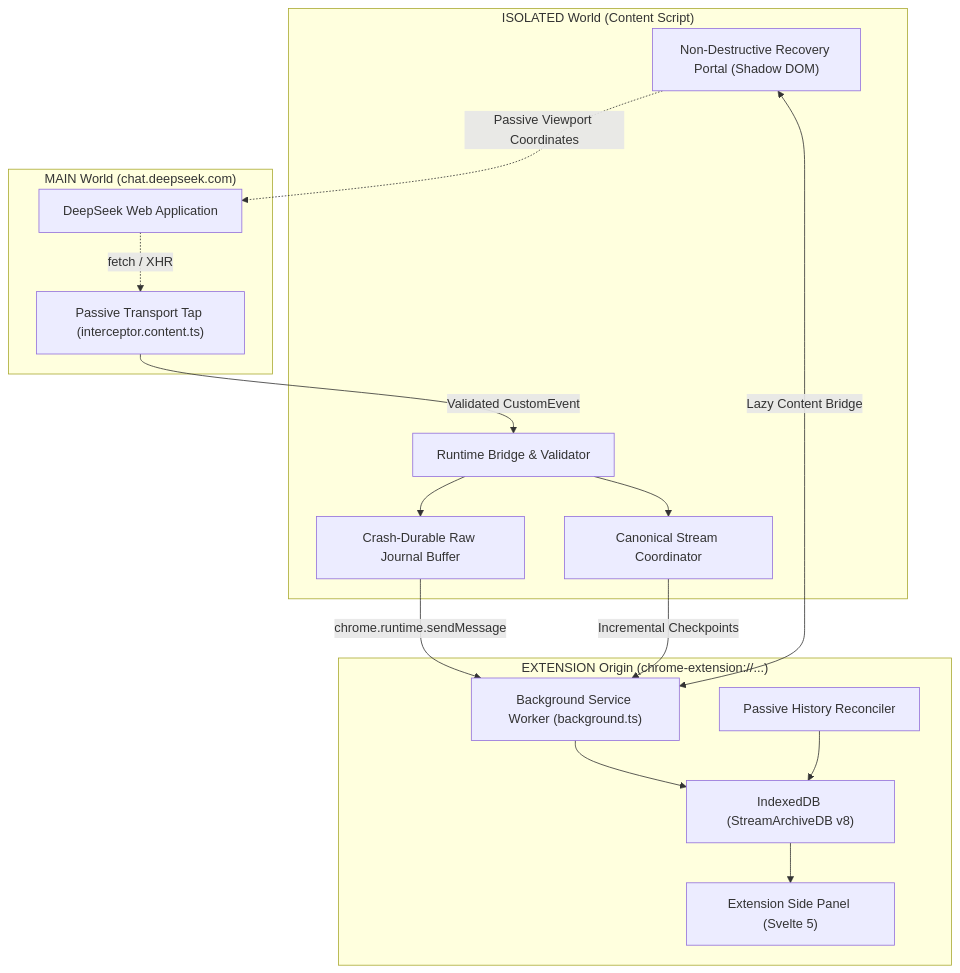
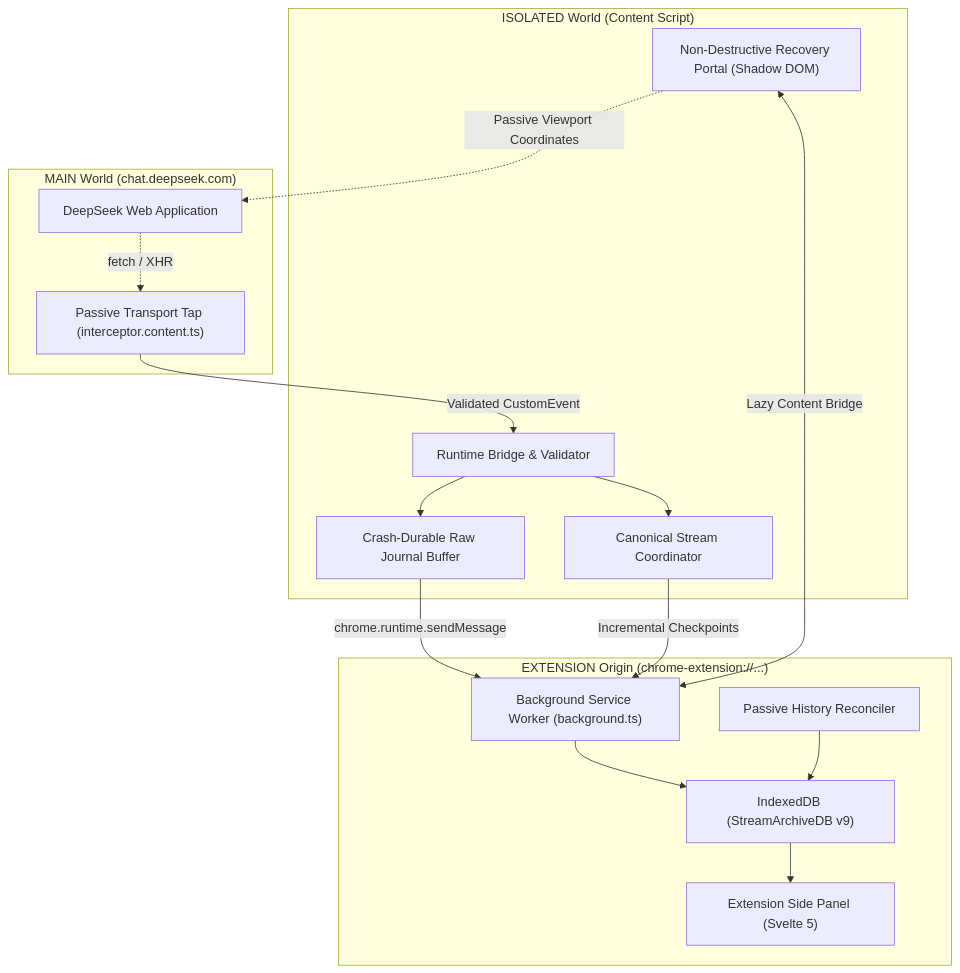
One commit to MalenkiySolovey/deepseek-stream-archive changed the diagram in README.md. Above: the diagram before and after it, drawn with Mermaid. The commit also changed other lines of this file and 59 other files, not shown here.

````diff
--- a/README.md
+++ b/README.md
@@ -135,34 +144,34 @@
 ```mermaid
 flowchart TD
     subgraph PAGE_MAIN_WORLD["MAIN World (chat.deepseek.com)"]
         PageApp["DeepSeek Web Application"]
         Interceptor["Passive Transport Tap (interceptor.content.ts)"]
         PageApp -.->|"fetch / XHR"| Interceptor
     end
 
     subgraph ISOLATED_WORLD["ISOLATED World (Content Script)"]
         Bridge["Runtime Bridge & Validator"]
         Coordinator["Canonical Stream Coordinator"]
         RawBuffer["Crash-Durable Raw Journal Buffer"]
         Overlay["Non-Destructive Recovery Portal (Shadow DOM)"]
         
         Interceptor -->|"Validated CustomEvent"| Bridge
         Bridge --> RawBuffer
         Bridge --> Coordinator
         Overlay -.->|"Passive Viewport Coordinates"| PageApp
     end
 
     subgraph EXTENSION_WORLD["EXTENSION Origin (chrome-extension://...)"]
         BackgroundWorker["Background Service Worker (background.ts)"]
         SidePanel["Extension Side Panel (Svelte 5)"]
-        StorageEngine["IndexedDB (StreamArchiveDB v8)"]
+        StorageEngine["IndexedDB (StreamArchiveDB v9)"]
         Reconciler["Passive History Reconciler"]
         
         RawBuffer -->|"chrome.runtime.sendMessage"| BackgroundWorker
         Coordinator -->|"Incremental Checkpoints"| BackgroundWorker
         Overlay <-->|"Lazy Content Bridge"| BackgroundWorker
         BackgroundWorker --> StorageEngine
         Reconciler --> StorageEngine
         StorageEngine --> SidePanel
     end
 ```
````
